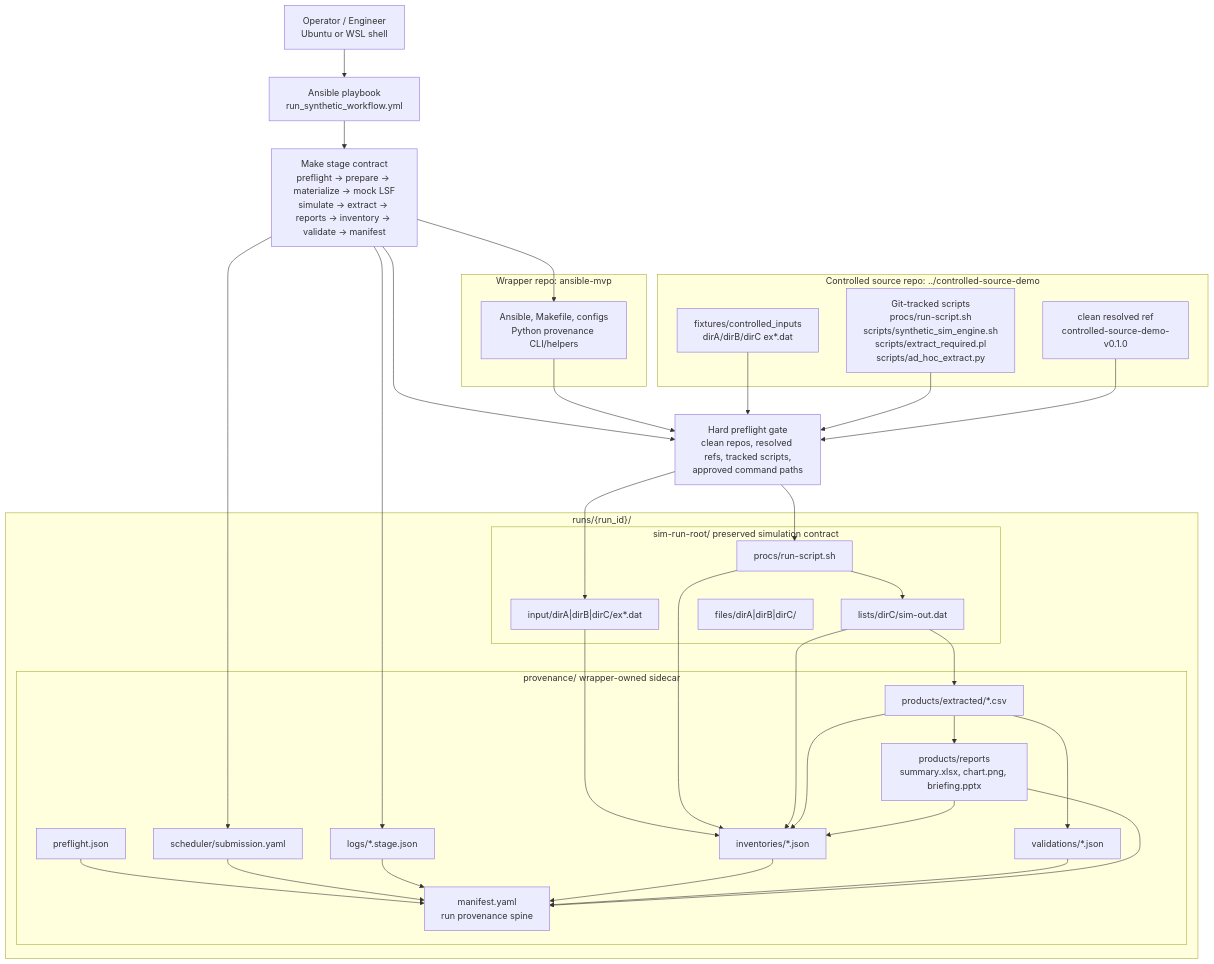
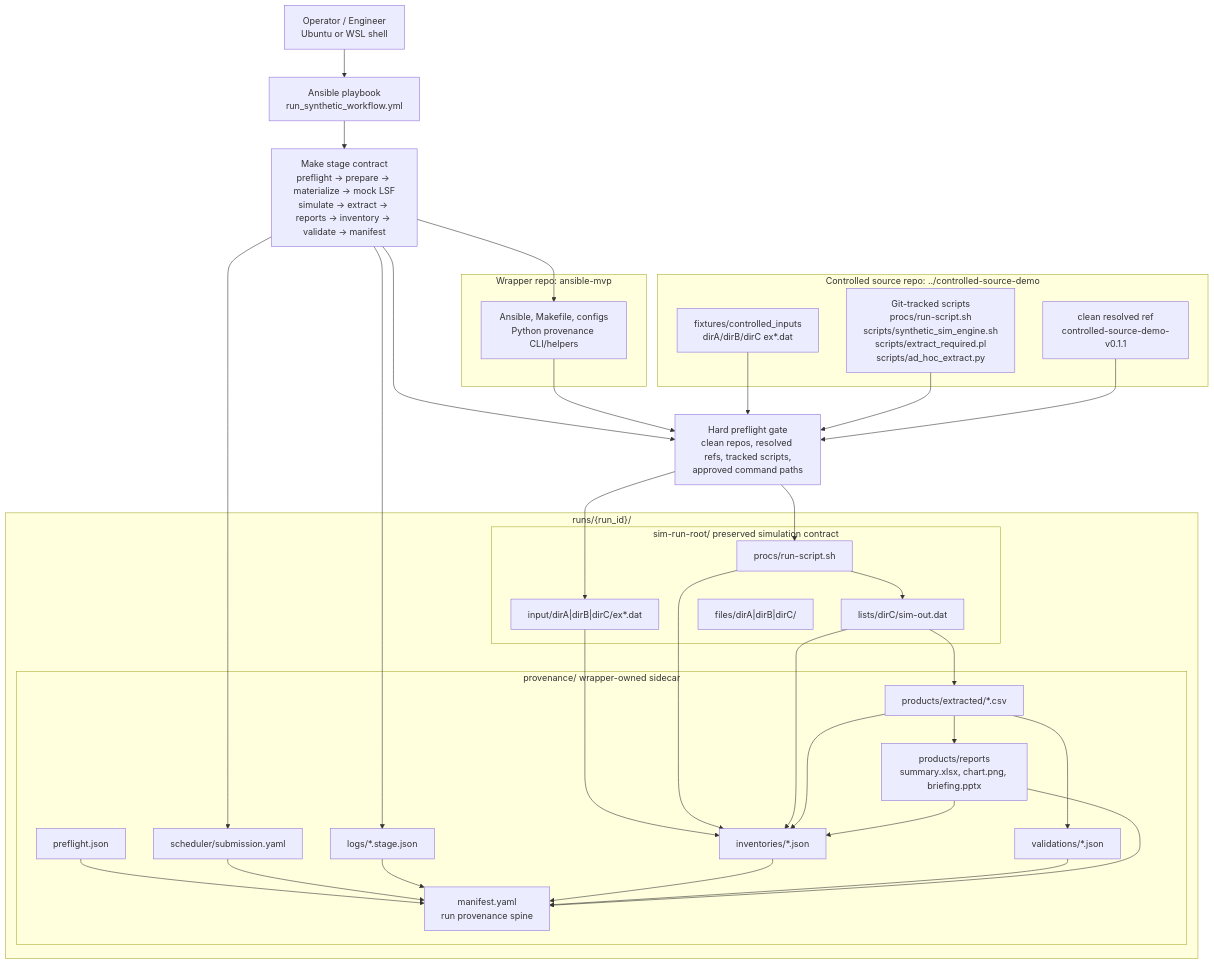
Before and after one commit to snarkipus/ansible-mvp: the diagram in README.md, drawn with Mermaid. The commit also changed other lines of this file and 21 other files, not shown here.

````diff
--- a/README.md
+++ b/README.md
@@ -41,64 +41,64 @@
 ```mermaid
 flowchart TD
     operator["Operator / Engineer<br/>Ubuntu or WSL shell"]
     ansible["Ansible playbook<br/>run_synthetic_workflow.yml"]
     make["Make stage contract<br/>preflight -> prepare -> materialize -> mock LSF<br/>simulate -> extract -> reports -> inventory -> validate -> manifest"]
 
     subgraph wrapper["Wrapper repo: ansible-mvp"]
         wrapperFiles["Ansible, Makefile, configs<br/>Python provenance CLI/helpers"]
     end
 
     subgraph controlled["Controlled source repo: ../controlled-source-demo"]
         fixtures["fixtures/controlled_inputs<br/>dirA/dirB/dirC ex*.dat"]
         scripts["Git-tracked scripts<br/>procs/run-script.sh<br/>scripts/synthetic_sim_engine.sh<br/>scripts/extract_required.pl<br/>scripts/ad_hoc_extract.py"]
-        tag["clean resolved ref<br/>controlled-source-demo-v0.1.0"]
+        tag["clean resolved ref<br/>controlled-source-demo-v0.1.1"]
     end
 
     preflight["Hard preflight gate<br/>clean repos, resolved refs, tracked scripts,<br/>approved command paths"]
 
     subgraph run["runs/{run_id}/"]
         subgraph sim["sim-run-root/ preserved simulation contract"]
             input["input/dirA|dirB|dirC/ex*.dat"]
             procs["procs/run-script.sh"]
             raw["lists/dirC/sim-out.dat"]
             files["files/dirA|dirB|dirC/"]
         end
 
         subgraph prov["provenance/ wrapper-owned sidecar"]
             pf["preflight.json"]
             sched["scheduler/submission.yaml"]
             logs["logs/*.stage.json"]
             inv["inventories/*.json"]
             vals["validations/*.json"]
             extracted["products/extracted/*.csv"]
             reports["products/reports<br/>summary.xlsx, chart.png, briefing.pptx"]
             manifest["manifest.yaml<br/>run provenance spine"]
         end
     end
 
     operator --> ansible --> make
     make --> wrapperFiles
     make --> preflight
     wrapperFiles --> preflight
     fixtures --> preflight
     scripts --> preflight
     tag --> preflight
     preflight --> input
     preflight --> procs
     procs --> raw
     raw --> extracted --> reports
     make --> sched
     make --> logs
     input --> inv
     procs --> inv
     raw --> inv
     extracted --> inv
     reports --> inv
     extracted --> vals
     pf --> manifest
     sched --> manifest
     logs --> manifest
     inv --> manifest
     vals --> manifest
     reports --> manifest
 ```
````
